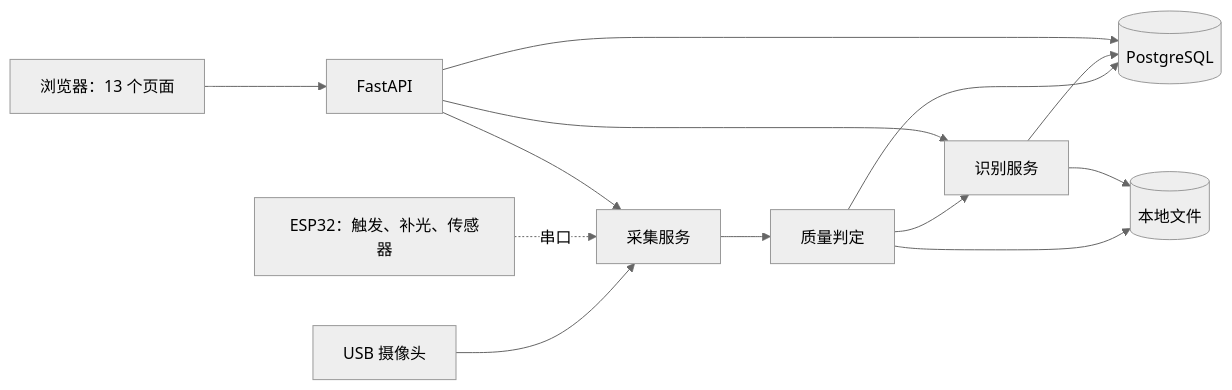
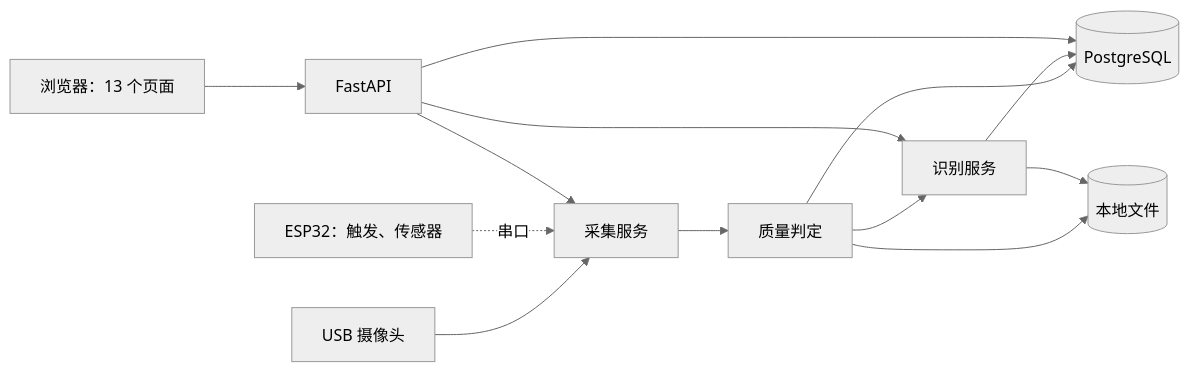
Before and after one commit to FrozenYty/aquavision: the first of 2 diagrams in docs/architecture-zh.md, drawn with Mermaid (neutral theme). The commit also changed 10 other files, not shown here.

````diff
--- a/docs/architecture-zh.md
+++ b/docs/architecture-zh.md
@@ -21,15 +21,15 @@
 ```mermaid
 flowchart LR
     CAM[USB 摄像头] --> CAP[采集服务]
-    MCU[ESP32：触发、补光、传感器] -. 串口 .-> CAP
+    MCU[ESP32：触发、传感器] -. 串口 .-> CAP
     CAP --> Q[质量判定]
     Q --> DB[(PostgreSQL)]
     Q --> FS[(本地文件)]
     Q --> DET[识别服务]
     DET --> DB
     DET --> FS
     WEB[浏览器：13 个页面] --> API[FastAPI]
     API --> CAP
     API --> DET
     API --> DB
 ```
````
